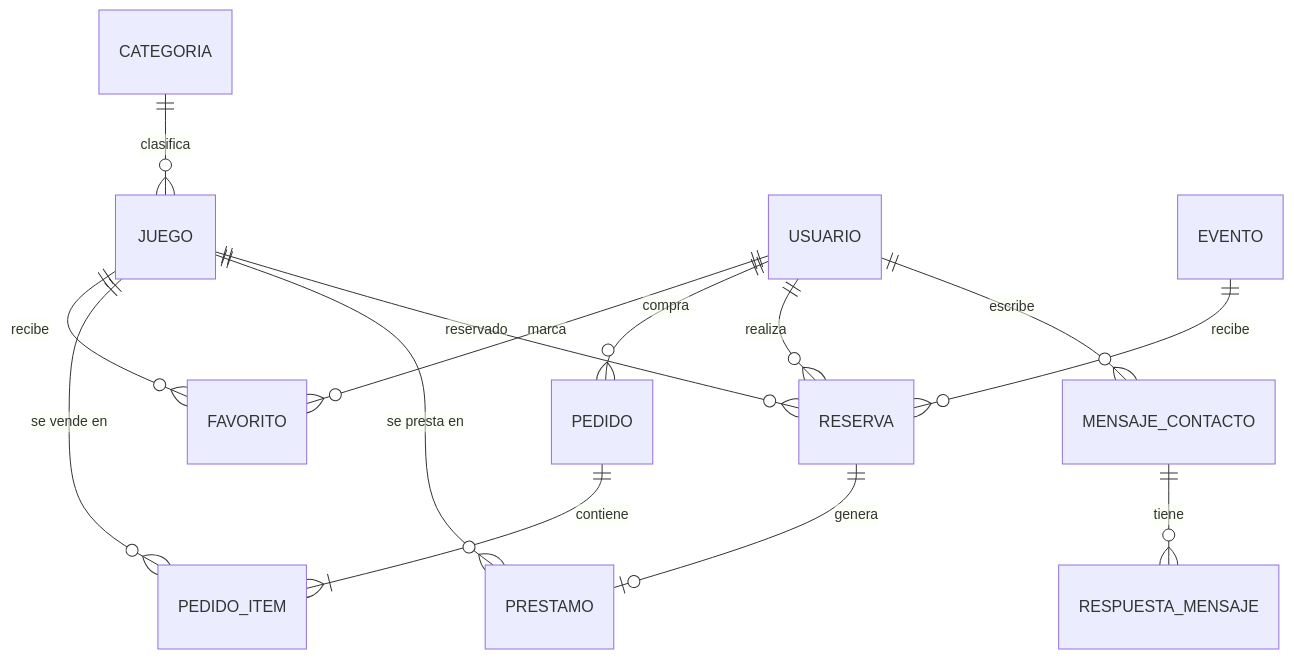
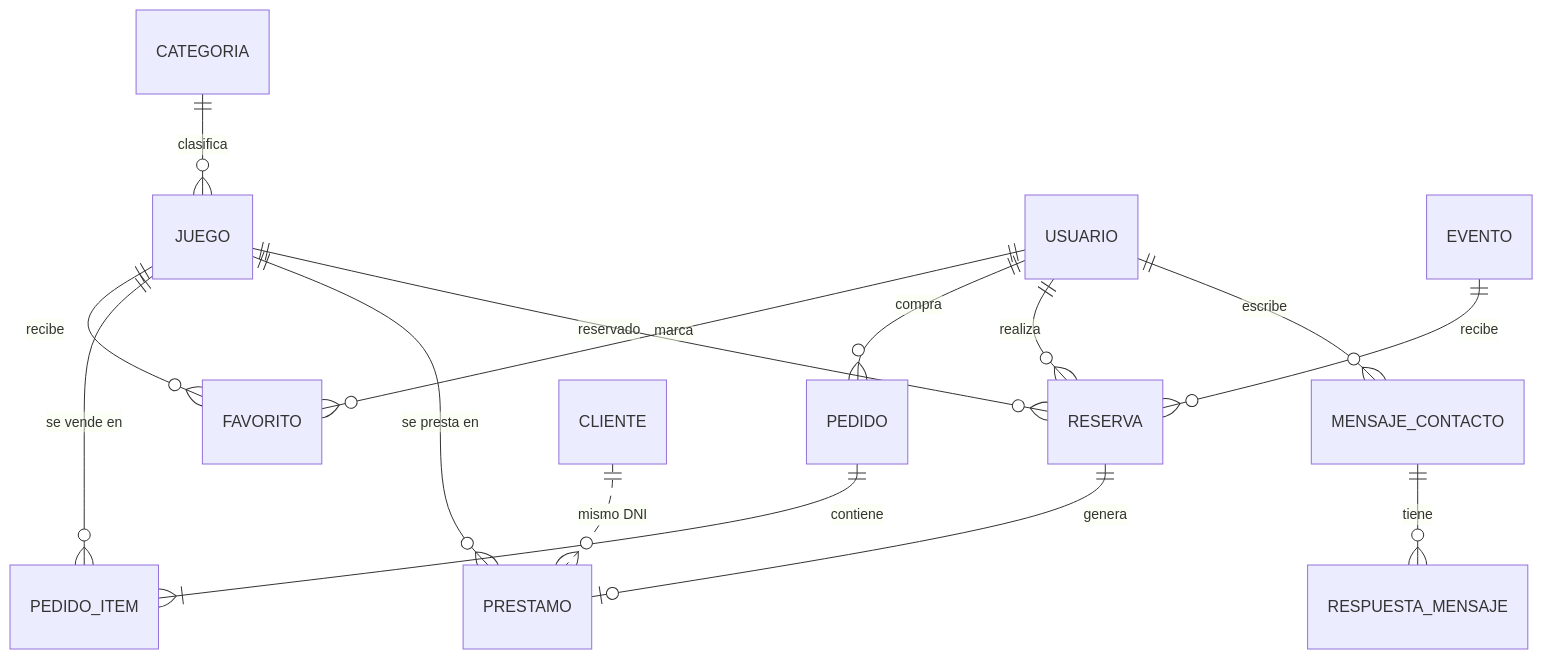
The diagram in README.md (Florare83/ControlAR), drawn with Mermaid before and after one commit. The commit also changed other lines of this file, not shown here.

````diff
--- a/README.md
+++ b/README.md
@@ -256,16 +284,17 @@
 ```mermaid
 erDiagram
     CATEGORIA ||--o{ JUEGO : clasifica
     USUARIO ||--o{ FAVORITO : marca
     JUEGO ||--o{ FAVORITO : recibe
     USUARIO ||--o{ PEDIDO : compra
     PEDIDO ||--|{ PEDIDO_ITEM : contiene
     JUEGO ||--o{ PEDIDO_ITEM : "se vende en"
     JUEGO ||--o{ PRESTAMO : "se presta en"
     USUARIO ||--o{ RESERVA : realiza
+    CLIENTE ||..o{ PRESTAMO : "mismo DNI"
     EVENTO ||--o{ RESERVA : recibe
     JUEGO ||--o{ RESERVA : reservado
     RESERVA ||--o| PRESTAMO : genera
     USUARIO ||--o{ MENSAJE_CONTACTO : escribe
     MENSAJE_CONTACTO ||--o{ RESPUESTA_MENSAJE : tiene
 ```
````
